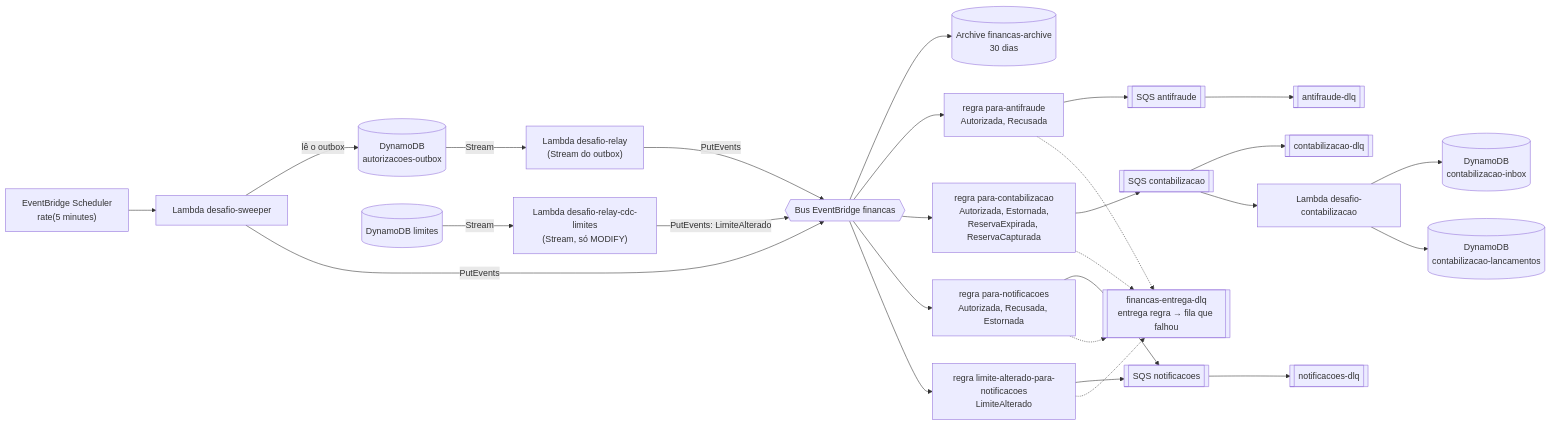
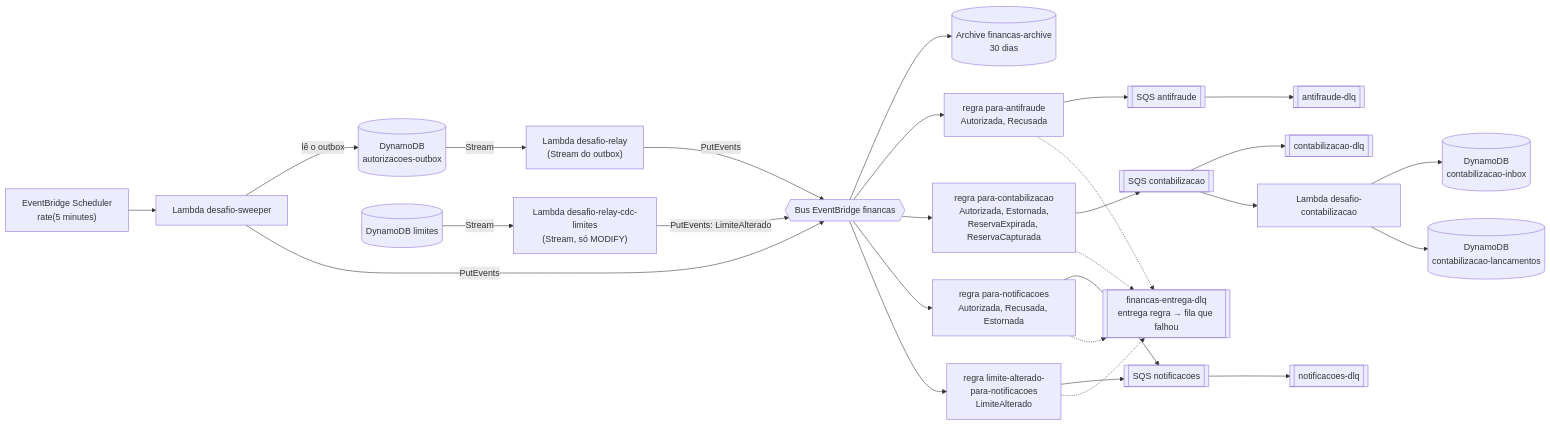
Before and after one commit to giovanedms/desafio-zup: the diagram in docs/arquitetura/diagramas/04-fluxo-de-eventos.mmd, drawn with Mermaid. The commit also changed 88 other files, not shown here.

```diff
--- a/docs/arquitetura/diagramas/04-fluxo-de-eventos.mmd
+++ b/docs/arquitetura/diagramas/04-fluxo-de-eventos.mmd
@@ -1,47 +1,47 @@
 flowchart LR
   OUT[("DynamoDB<br/>autorizacoes-outbox")]
   RELAY["Lambda desafio-relay<br/>(Stream do outbox)"]
   SWEEP["Lambda desafio-sweeper"]
   SCHED["EventBridge Scheduler<br/>rate(5 minutes)"]
   LIM[("DynamoDB limites")]
   CDC["Lambda desafio-relay-cdc-limites<br/>(Stream, só MODIFY)"]
   BUS{{"Bus EventBridge financas"}}
   ARC[("Archive financas-archive<br/>30 dias")]
 
   OUT -- Stream --> RELAY
   SCHED --> SWEEP
   SWEEP -- "lê o outbox" --> OUT
   RELAY -- PutEvents --> BUS
   SWEEP -- PutEvents --> BUS
   LIM -- Stream --> CDC
   CDC -- "PutEvents: LimiteAlterado" --> BUS
   BUS --> ARC
 
   R1["regra para-antifraude<br/>Autorizada, Recusada"]
   R2["regra para-contabilizacao<br/>Autorizada, Estornada,<br/>ReservaExpirada, ReservaCapturada"]
   R3["regra para-notificacoes<br/>Autorizada, Recusada, Estornada"]
-  R4["regra limite-alterado-para-notificacoes<br/>LimiteAlterado"]
+  R4["regra limite-alterado-<br/>para-notificacoes<br/>LimiteAlterado"]
   BUS --> R1
   BUS --> R2
   BUS --> R3
   BUS --> R4
 
   Q1[[SQS antifraude]] --> D1[[antifraude-dlq]]
   Q2[[SQS contabilizacao]] --> D2[[contabilizacao-dlq]]
   Q3[[SQS notificacoes]] --> D3[[notificacoes-dlq]]
   R1 --> Q1
   R2 --> Q2
   R3 --> Q3
   R4 --> Q3
   DLQE[[financas-entrega-dlq<br/>entrega regra → fila que falhou]]
   R1 -.-> DLQE
   R2 -.-> DLQE
   R3 -.-> DLQE
   R4 -.-> DLQE
 
   CTB["Lambda desafio-contabilizacao"]
   INB[("DynamoDB<br/>contabilizacao-inbox")]
   LAN[("DynamoDB<br/>contabilizacao-lancamentos")]
   Q2 --> CTB
   CTB --> INB
   CTB --> LAN
```
